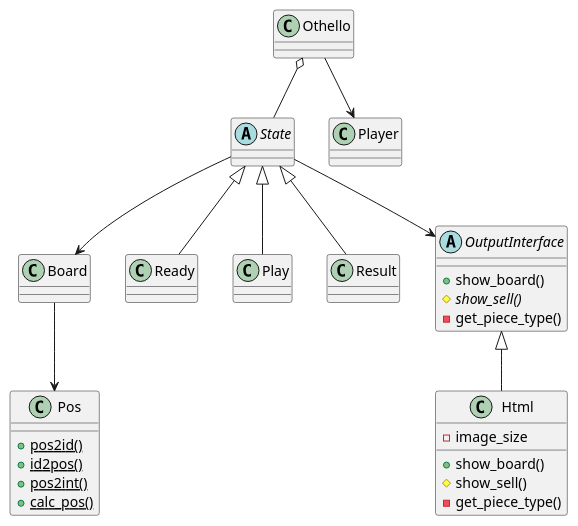
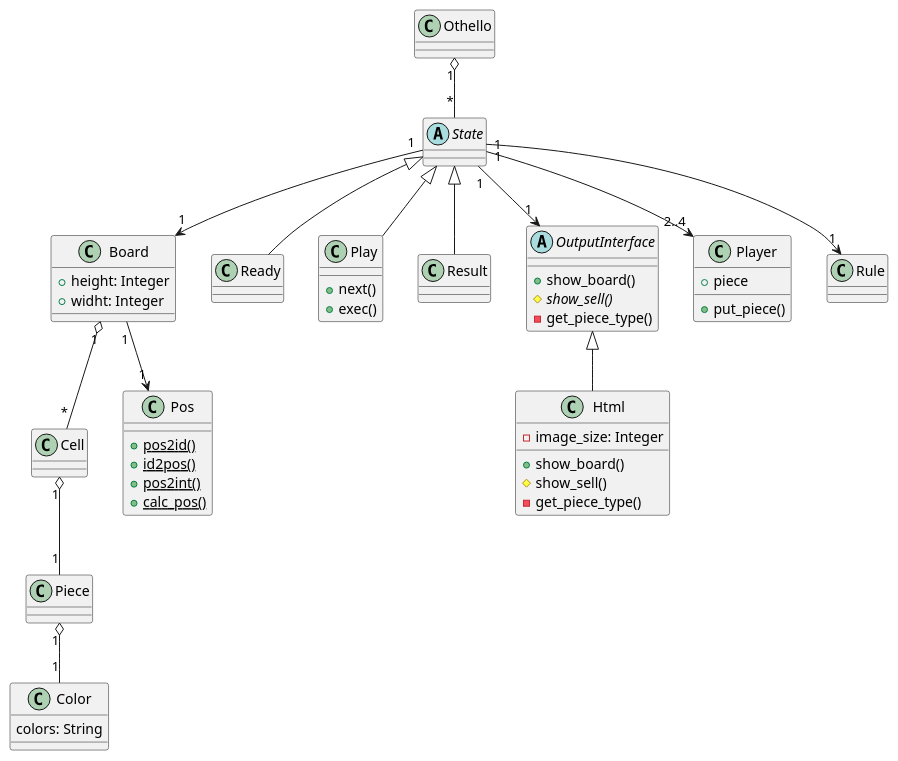
The diagram in uml/othello.pu (MaxMEllon/AppBox), drawn with PlantUML before and after one commit.

Commit message:
edit: uml

```diff
--- a/uml/othello.pu
+++ b/uml/othello.pu
@@ -1,55 +1,77 @@
 @startuml{othello.png}
 
 class Othello {
 }
 
 abstract State {
 }
 
 class Board {
+  +height: Integer
+  +widht: Integer
+}
+
+class Cell {
+}
+
+class Piece {
+}
+class Color {
+  colors: String
 }
 
 class Pos {
   +{static} pos2id()
   +{static} id2pos()
   +{static} pos2int()
   +{static} calc_pos()
 }
 
 class Ready {
 }
 
 class Play {
+  +next()
+  +exec()
 }
 
 class Result {
 }
 
 abstract OutputInterface {
   +show_board()
   #{abstract} show_sell()
   -get_piece_type()
 }
 
 class Html {
-  -image_size
+  -image_size: Integer
 
   +show_board()
   #show_sell()
   -get_piece_type()
 }
+class Player {
+  +piece
+  +put_piece()
+}
 
-Othello o-- State
-Othello --> Player
+Othello "1" o-- "*" State
 
 State <|-- Ready
 State <|-- Play
 State <|-- Result
-State --> OutputInterface
-State --> Board
+State "1" --> "1" OutputInterface
+State "1" --> "1" Board
+State "1" --> "2..4" Player
+State "1" --> "1" Rule
 
-Board --> Pos
+Board "1" --> "1" Pos
+Board "1" o-- "*" Cell
+
+Cell "1" o-- "1" Piece
+Piece "1" o-- "1" Color
 
 OutputInterface <|-- Html
 
 @enduml
```
